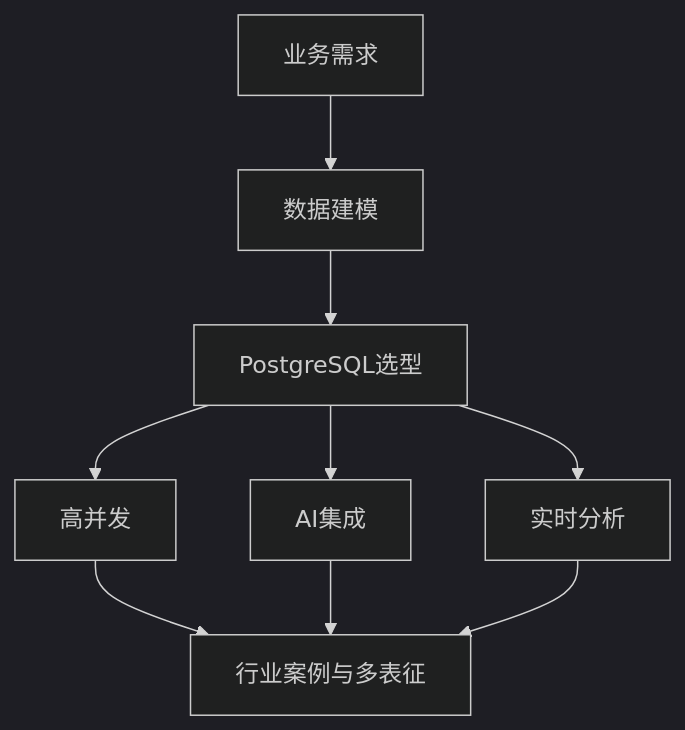
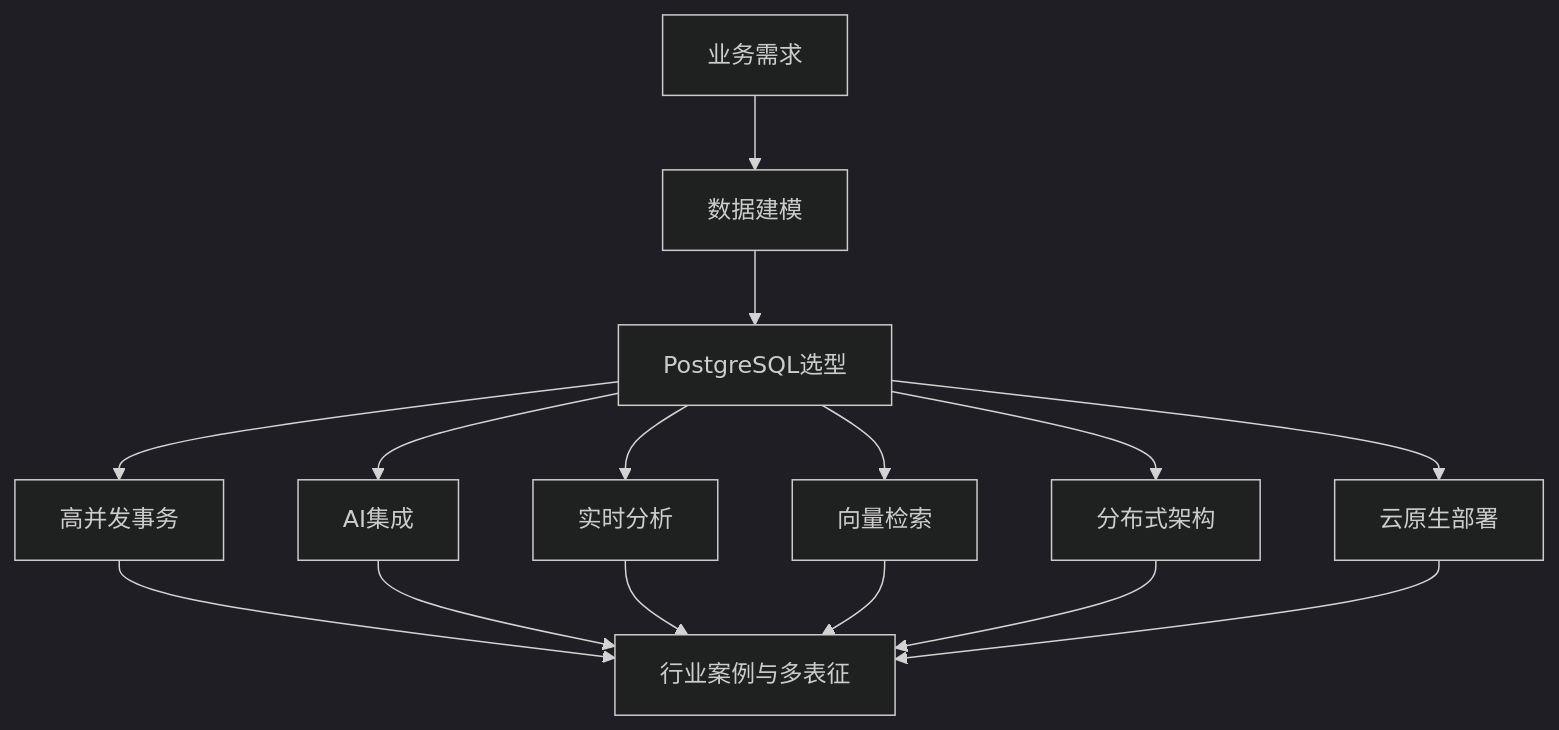
The sixth of 6 diagrams in Analysis/1-数据库系统/1.1-PostgreSQL/README.md (AdaMartin18010/Data-Science), drawn with Mermaid (dark theme) before and after one commit. The commit also changed other lines of this file and 6 other files, not shown here.

````diff
--- a/Analysis/1-数据库系统/1.1-PostgreSQL/README.md
+++ b/Analysis/1-数据库系统/1.1-PostgreSQL/README.md
@@ -305,9 +313,12 @@
 ```mermaid
 flowchart TD
   A[业务需求] --> B[数据建模]
   B --> C[PostgreSQL选型]
-  C --> D1[高并发]
+  C --> D1[高并发事务]
   C --> D2[AI集成]
   C --> D3[实时分析]
-  D1 & D2 & D3 --> E[行业案例与多表征]
+  C --> D4[向量检索]
+  C --> D5[分布式架构]
+  C --> D6[云原生部署]
+  D1 & D2 & D3 & D4 & D5 & D6 --> E[行业案例与多表征]
 ```
````
